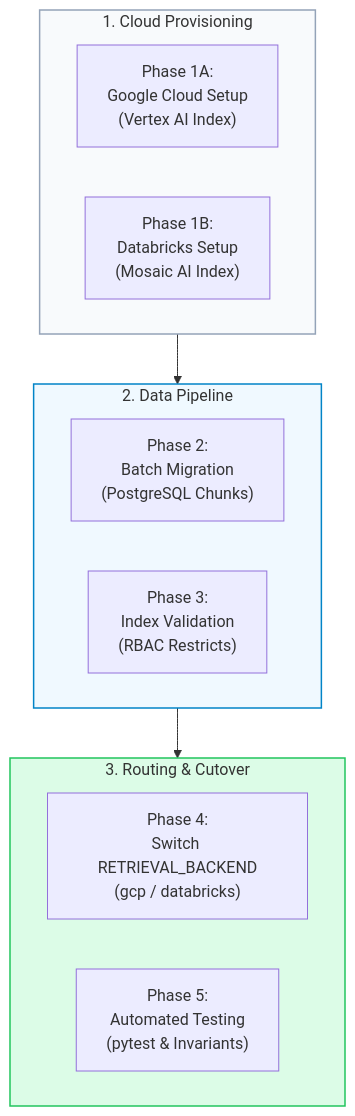
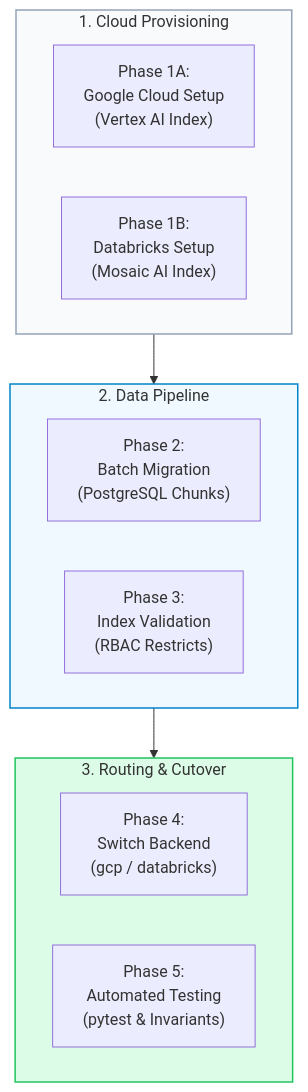
Before and after one commit to Kenono2000/enterprise-rag-pgvector-rbac: the diagram in docs/MultiCloud-GCP-Databricks-Migration.md, drawn with Mermaid. The commit also changed other lines of this file and 2 other files, not shown here.

Commit message:
feat: add GCP Vertex AI data verification script, documentation, and configuration updates

````diff
--- a/docs/MultiCloud-GCP-Databricks-Migration.md
+++ b/docs/MultiCloud-GCP-Databricks-Migration.md
@@ -23,24 +23,24 @@
 ```mermaid
 flowchart TD
     subgraph S1 ["1. Cloud Provisioning"]
         GCP_P["Phase 1A:<br/>Google Cloud Setup<br/>(Vertex AI Index)"]
         DBX_P["Phase 1B:<br/>Databricks Setup<br/>(Mosaic AI Index)"]
     end
 
     subgraph S2 ["2. Data Pipeline"]
         MIG["Phase 2:<br/>Batch Migration<br/>(PostgreSQL Chunks)"]
         VAL["Phase 3:<br/>Index Validation<br/>(RBAC Restricts)"]
     end
 
     subgraph S3 ["3. Routing & Cutover"]
-        ENV["Phase 4:<br/>Switch RETRIEVAL_BACKEND<br/>(gcp / databricks)"]
+        ENV["Phase 4:<br/>Switch Backend<br/>(gcp / databricks)"]
         TEST["Phase 5:<br/>Automated Testing<br/>(pytest & Invariants)"]
     end
 
     S1 --> S2
     S2 --> S3
 
     style S1 fill:#f8fafc,stroke:#94a3b8,stroke-width:1.5px
     style S2 fill:#f0f9ff,stroke:#0284c7,stroke-width:1.5px
     style S3 fill:#dcfce7,stroke:#22c55e,stroke-width:1.5px
 ```
````
